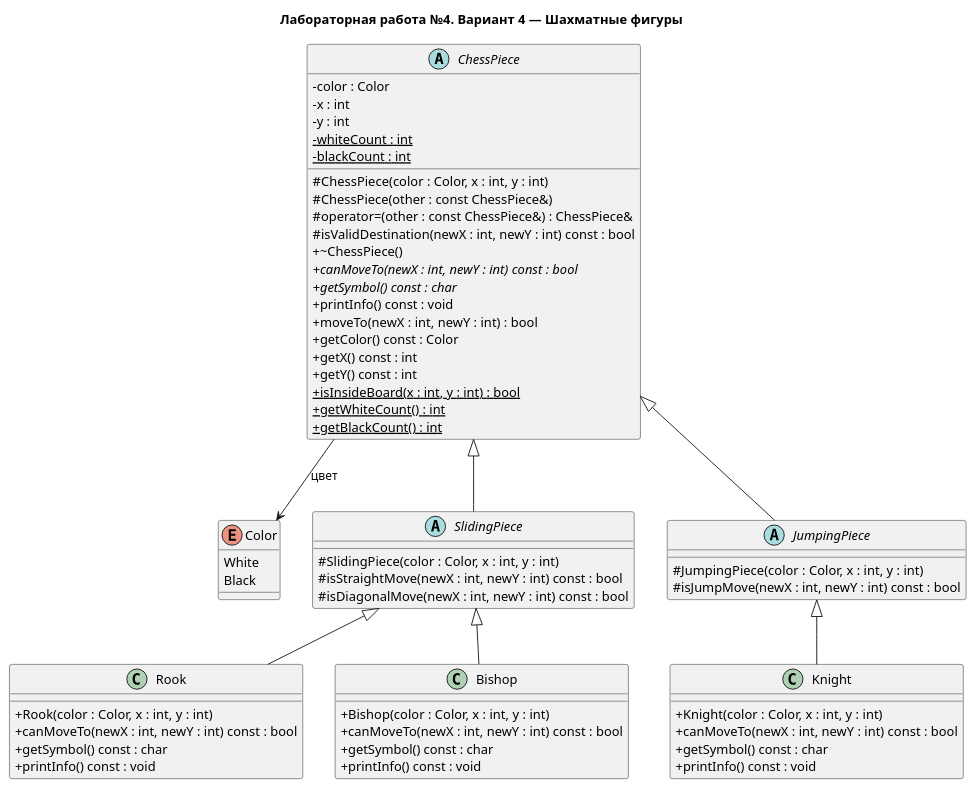
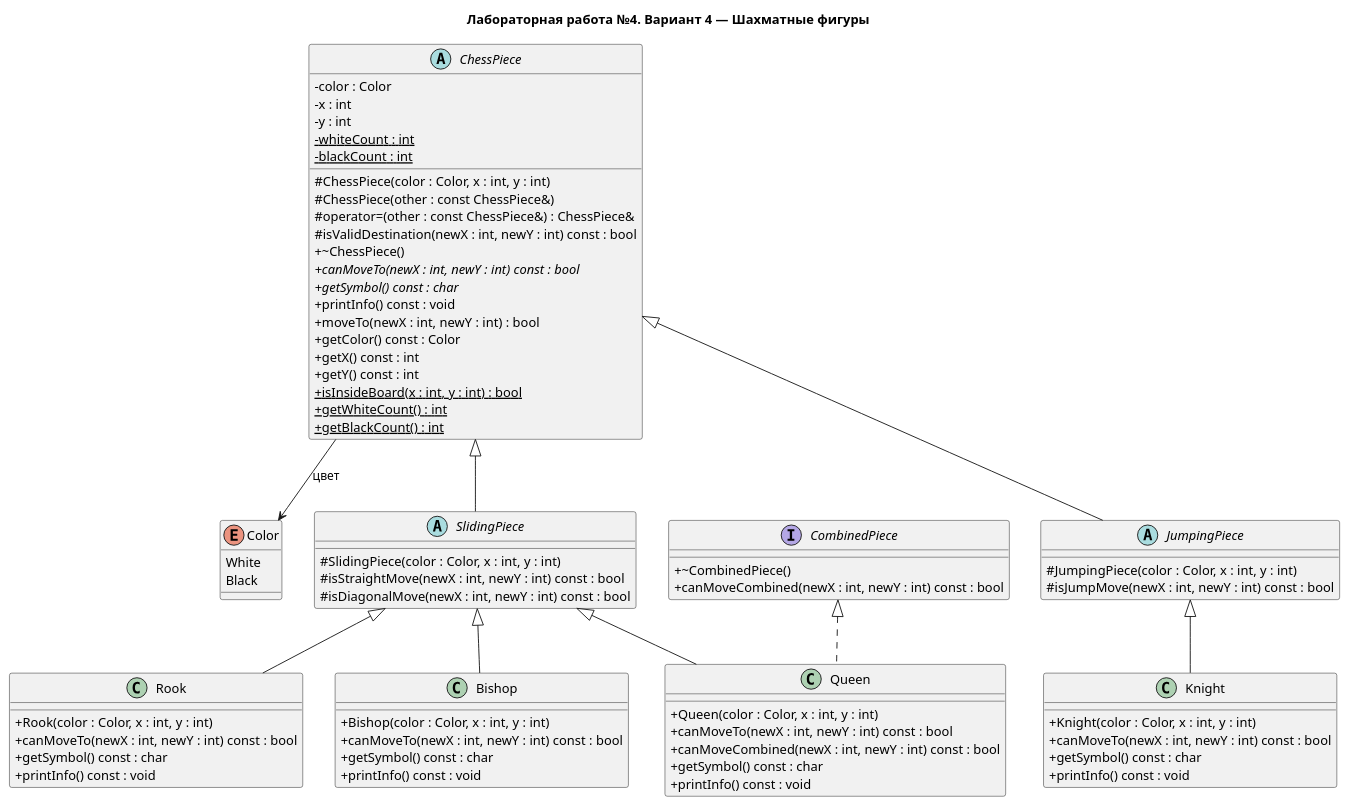
The diagram in uml/chess.puml (lnknwl/lab4), drawn with PlantUML before and after one commit. The commit also changed 11 other files, not shown here.

Commit message:
Добавлены ферзь и интерфейс CombinedPiece

```diff
--- a/uml/chess.puml
+++ b/uml/chess.puml
@@ -1,71 +1,86 @@
 @startuml
 title Лабораторная работа №4. Вариант 4 — Шахматные фигуры
 skinparam classAttributeIconSize 0
 
 enum Color {
     White
     Black
 }
 
 abstract class ChessPiece {
     - color : Color
     - x : int
     - y : int
     - {static} whiteCount : int
     - {static} blackCount : int
     # ChessPiece(color : Color, x : int, y : int)
     # ChessPiece(other : const ChessPiece&)
     # operator=(other : const ChessPiece&) : ChessPiece&
     # isValidDestination(newX : int, newY : int) const : bool
     + ~ChessPiece()
     + {abstract} canMoveTo(newX : int, newY : int) const : bool
     + {abstract} getSymbol() const : char
     + printInfo() const : void
     + moveTo(newX : int, newY : int) : bool
     + getColor() const : Color
     + getX() const : int
     + getY() const : int
     + {static} isInsideBoard(x : int, y : int) : bool
     + {static} getWhiteCount() : int
     + {static} getBlackCount() : int
 }
 
 abstract class SlidingPiece {
     # SlidingPiece(color : Color, x : int, y : int)
     # isStraightMove(newX : int, newY : int) const : bool
     # isDiagonalMove(newX : int, newY : int) const : bool
 }
 
 class Rook {
     + Rook(color : Color, x : int, y : int)
     + canMoveTo(newX : int, newY : int) const : bool
     + getSymbol() const : char
     + printInfo() const : void
 }
 
 class Bishop {
     + Bishop(color : Color, x : int, y : int)
     + canMoveTo(newX : int, newY : int) const : bool
     + getSymbol() const : char
     + printInfo() const : void
 }
 
 abstract class JumpingPiece {
     # JumpingPiece(color : Color, x : int, y : int)
     # isJumpMove(newX : int, newY : int) const : bool
 }
 
 class Knight {
     + Knight(color : Color, x : int, y : int)
     + canMoveTo(newX : int, newY : int) const : bool
     + getSymbol() const : char
     + printInfo() const : void
 }
 
+interface CombinedPiece {
+    + ~CombinedPiece()
+    + canMoveCombined(newX : int, newY : int) const : bool
+}
+
+class Queen {
+    + Queen(color : Color, x : int, y : int)
+    + canMoveTo(newX : int, newY : int) const : bool
+    + canMoveCombined(newX : int, newY : int) const : bool
+    + getSymbol() const : char
+    + printInfo() const : void
+}
+
 ChessPiece --> Color : цвет
 ChessPiece <|-- SlidingPiece
 SlidingPiece <|-- Rook
 SlidingPiece <|-- Bishop
 ChessPiece <|-- JumpingPiece
 JumpingPiece <|-- Knight
+SlidingPiece <|-- Queen
+CombinedPiece <|.. Queen
 @enduml
```
